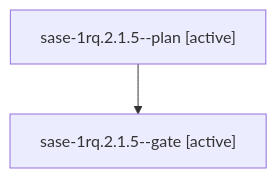
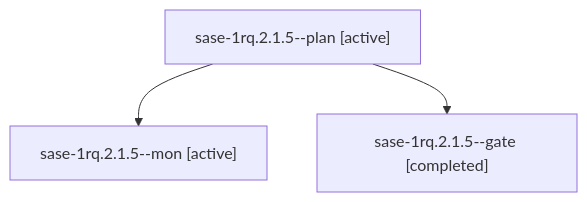
Before and after one commit to sase-org/sase--agents: the diagram in sessions/bbugyi200.athena.sase-1rq.2.1.5.md, drawn with Mermaid. The commit also changed other lines of this file and 110 other files, not shown here.

````diff
--- a/sessions/bbugyi200.athena.sase-1rq.2.1.5.md
+++ b/sessions/bbugyi200.athena.sase-1rq.2.1.5.md
@@ -9,6 +9,8 @@
 ```mermaid
 flowchart TD
   n0["sase-1rq.2.1.5--plan [active]"]
-  n1["sase-1rq.2.1.5--gate [active]"]
+  n1["sase-1rq.2.1.5--mon [active]"]
   n0 --> n1
+  n2["sase-1rq.2.1.5--gate [completed]"]
+  n0 --> n2
 ```
````
